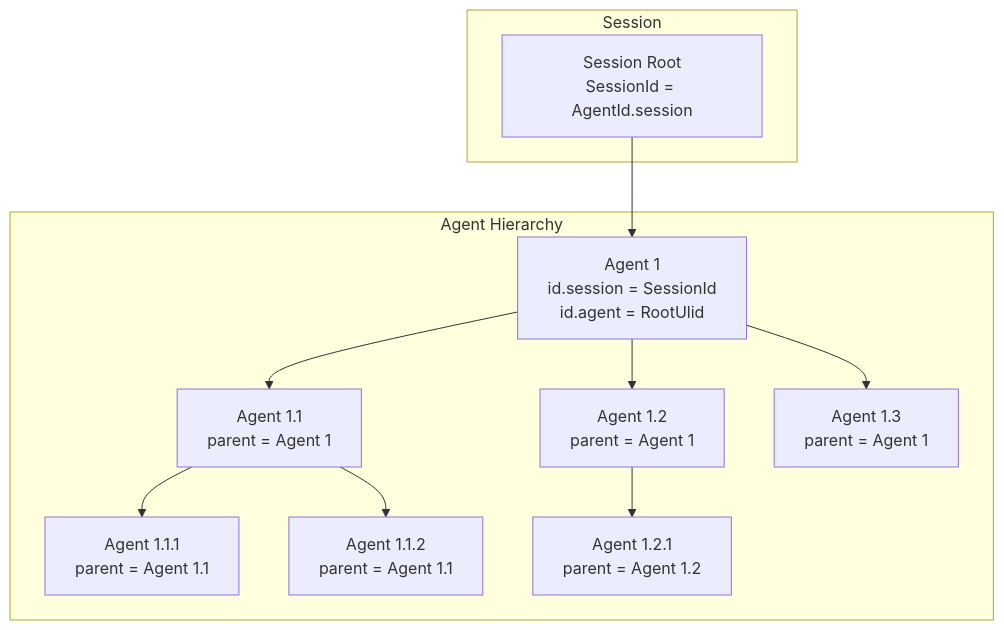
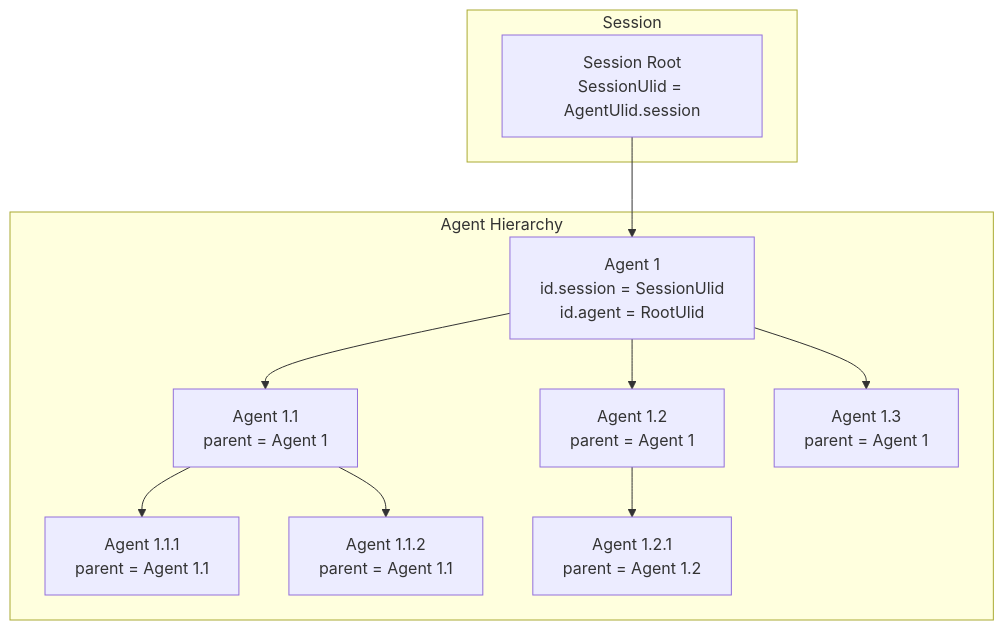
The third of 5 diagrams in progress/TECH-SESSION.md (MiyakoMeow/neco), drawn with Mermaid before and after one commit. The commit also changed other lines of this file and 9 other files, not shown here.

````diff
--- a/progress/TECH-SESSION.md
+++ b/progress/TECH-SESSION.md
@@ -702,26 +722,26 @@
 ```mermaid
 graph TD
     subgraph "Session"
-        S[Session Root<br/>SessionId = AgentId.session]
+        S[Session Root<br/>SessionUlid = AgentUlid.session]
     end
     
     subgraph "Agent Hierarchy"
-        A1[Agent 1<br/>id.session = SessionId<br/>id.agent = RootUlid]
+        A1[Agent 1<br/>id.session = SessionUlid<br/>id.agent = RootUlid]
         A2[Agent 1.1<br/>parent = Agent 1]
         A3[Agent 1.2<br/>parent = Agent 1]
         A4[Agent 1.3<br/>parent = Agent 1]
         
         A5[Agent 1.1.1<br/>parent = Agent 1.1]
         A6[Agent 1.1.2<br/>parent = Agent 1.1]
         
         A7[Agent 1.2.1<br/>parent = Agent 1.2]
     end
     
     S --> A1
     A1 --> A2
     A1 --> A3
     A1 --> A4
     A2 --> A5
     A2 --> A6
     A3 --> A7
 ```
````
